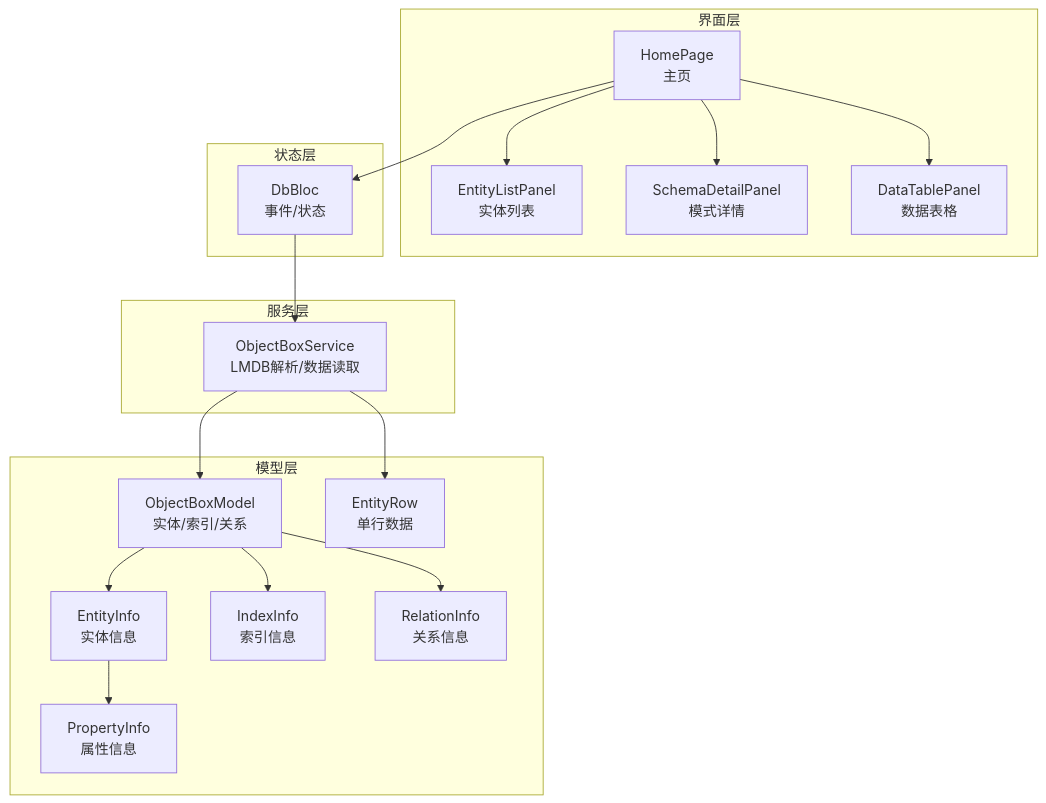
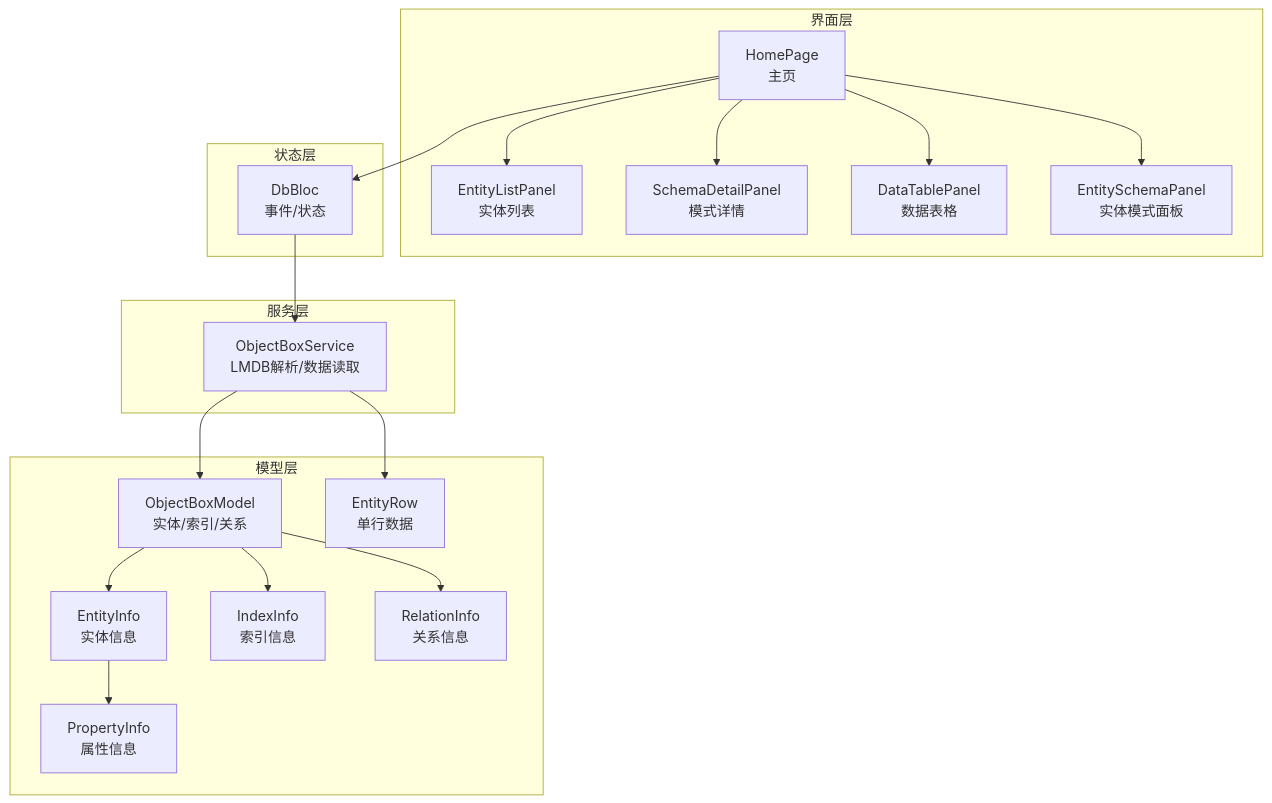
The first of 4 diagrams in .qoder/repowiki/zh/content/数据模型.md (kongpf8848/objectbox_viewer), drawn with Mermaid before and after one commit. The commit also changed other lines of this file and 22 other files, not shown here.

````diff
--- a/.qoder/repowiki/zh/content/数据模型.md
+++ b/.qoder/repowiki/zh/content/数据模型.md
@@ -52,34 +56,36 @@
 ```mermaid
 graph TB
 subgraph "界面层"
 HP["HomePage<br/>主页"]
 EL["EntityListPanel<br/>实体列表"]
 SD["SchemaDetailPanel<br/>模式详情"]
 DT["DataTablePanel<br/>数据表格"]
+ESP["EntitySchemaPanel<br/>实体模式面板"]
 end
 subgraph "状态层"
 BLOC["DbBloc<br/>事件/状态"]
 end
 subgraph "服务层"
 SVC["ObjectBoxService<br/>LMDB解析/数据读取"]
 end
 subgraph "模型层"
 OBM["ObjectBoxModel<br/>实体/索引/关系"]
 EI["EntityInfo<br/>实体信息"]
 PI["PropertyInfo<br/>属性信息"]
 IDX["IndexInfo<br/>索引信息"]
 REL["RelationInfo<br/>关系信息"]
 ROW["EntityRow<br/>单行数据"]
 end
 HP --> EL
 HP --> SD
 HP --> DT
+HP --> ESP
 HP --> BLOC
 BLOC --> SVC
 SVC --> OBM
 OBM --> EI
 EI --> PI
 OBM --> IDX
 OBM --> REL
 SVC --> ROW
 ```
````
